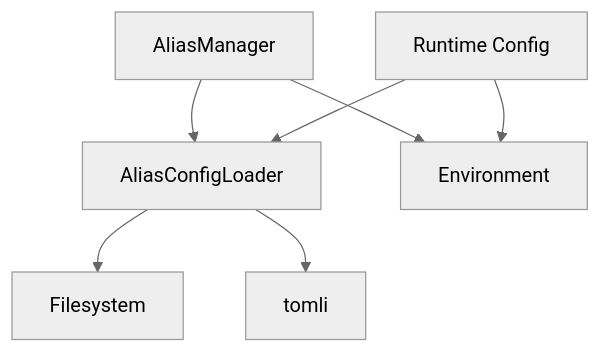
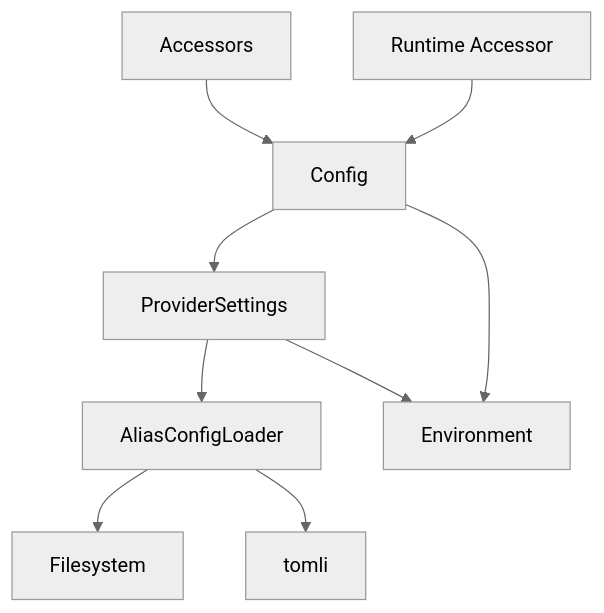
The fifth of 5 diagrams in .qoder/repowiki/en/content/Configuration/Configuration Hierarchy.md (CedarVerse/vandamme-proxy), drawn with Mermaid (neutral theme) before and after one commit. The commit also changed other lines of this file and 9 other files, not shown here.

````diff
--- a/.qoder/repowiki/en/content/Configuration/Configuration Hierarchy.md
+++ b/.qoder/repowiki/en/content/Configuration/Configuration Hierarchy.md
@@ -244,9 +274,11 @@
 ```mermaid
 graph TB
 AC["AliasConfigLoader"] --> FS["Filesystem"]
 AC --> TOML["tomli"]
-AM["AliasManager"] --> AC
-AM --> ENV["Environment"]
-RC["Runtime Config"] --> ENV
-RC --> AC
+PRV["ProviderSettings"] --> AC
+PRV --> ENV["Environment"]
+CFG["Config"] --> PRV
+CFG --> ENV
+ACC["Accessors"] --> CFG
+RT["Runtime Accessor"] --> CFG
 ```
````
